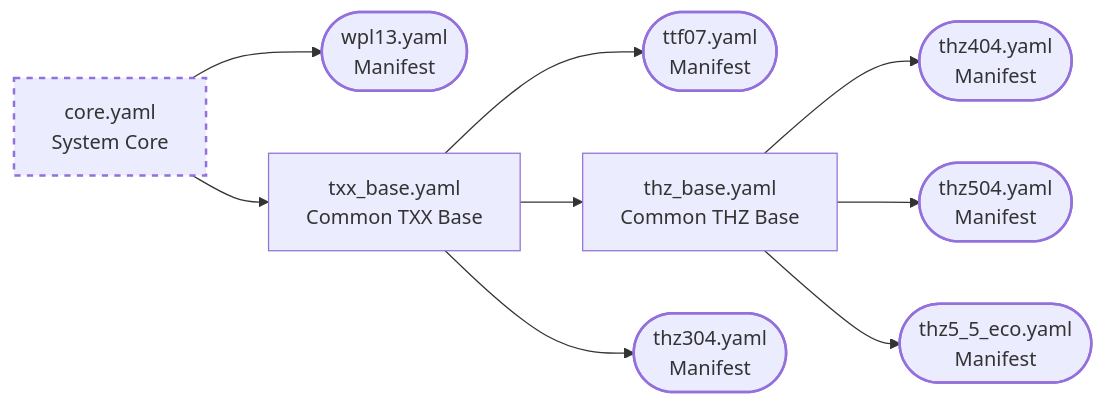
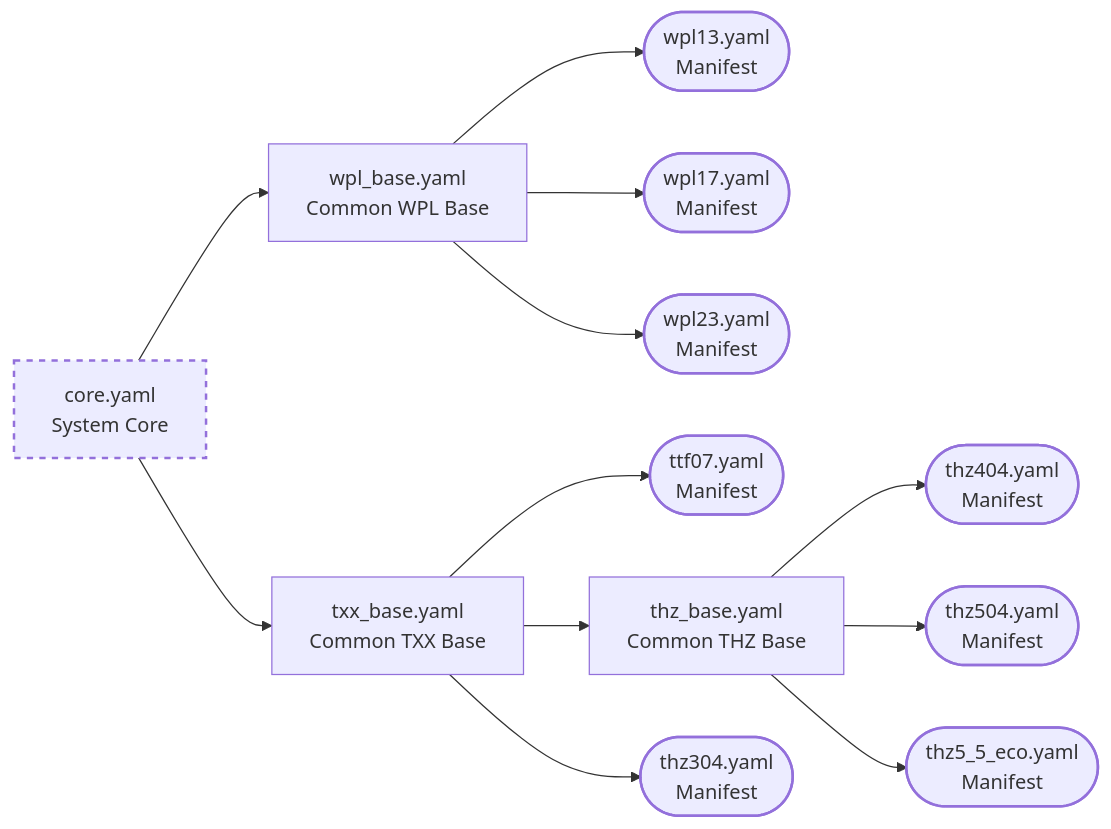
Before and after one commit to kr0ner/OneESP32ToRuleThemAll: the diagram in README.md, drawn with Mermaid. The commit also changed other lines of this file, not shown here.

Commit message:
Refactor README hierarchy and format links
Updated the hierarchy diagram and improved link formatting in the README.

```diff
--- a/README.md
+++ b/README.md
@@ -121,21 +121,27 @@
 ~~~mermaid
 flowchart LR
-    core[core.yaml<br>System Core] --> wpl13([wpl13.yaml<br>Manifest])
+    core[core.yaml<br>System Core] --> wpl_base[wpl_base.yaml<br>Common WPL Base]
     core --> txx[txx_base.yaml<br>Common TXX Base]
+
+    wpl_base --> wpl13([wpl13.yaml<br>Manifest])
+    wpl_base --> wpl17([wpl17.yaml<br>Manifest])
+    wpl_base --> wpl23([wpl23.yaml<br>Manifest])
 
     txx --> ttf07([ttf07.yaml<br>Manifest])
     txx --> thz[thz_base.yaml<br>Common THZ Base]
     txx --> thz304([thz304.yaml<br>Manifest])
 
     thz --> thz404([thz404.yaml<br>Manifest])
     thz --> thz504([thz504.yaml<br>Manifest])
     thz --> thz55([thz5_5_eco.yaml<br>Manifest])
 
     style core stroke-width:2px,stroke-dasharray: 5 5
     style wpl13 stroke-width:2px
+    style wpl17 stroke-width:2px
+    style wpl23 stroke-width:2px
     style ttf07 stroke-width:2px
     style thz304 stroke-width:2px
     style thz404 stroke-width:2px
     style thz504 stroke-width:2px
     style thz55 stroke-width:2px
 ~~~
```
